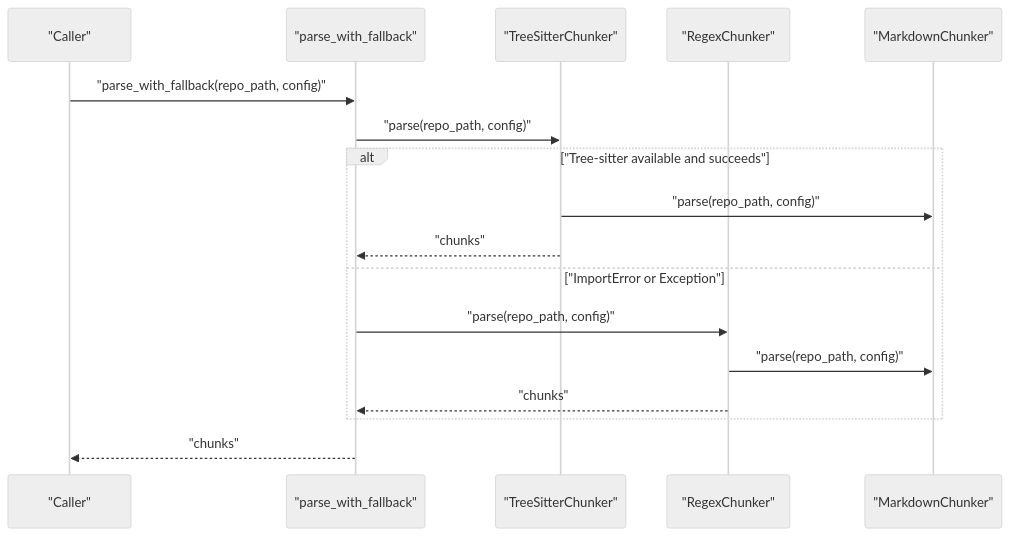
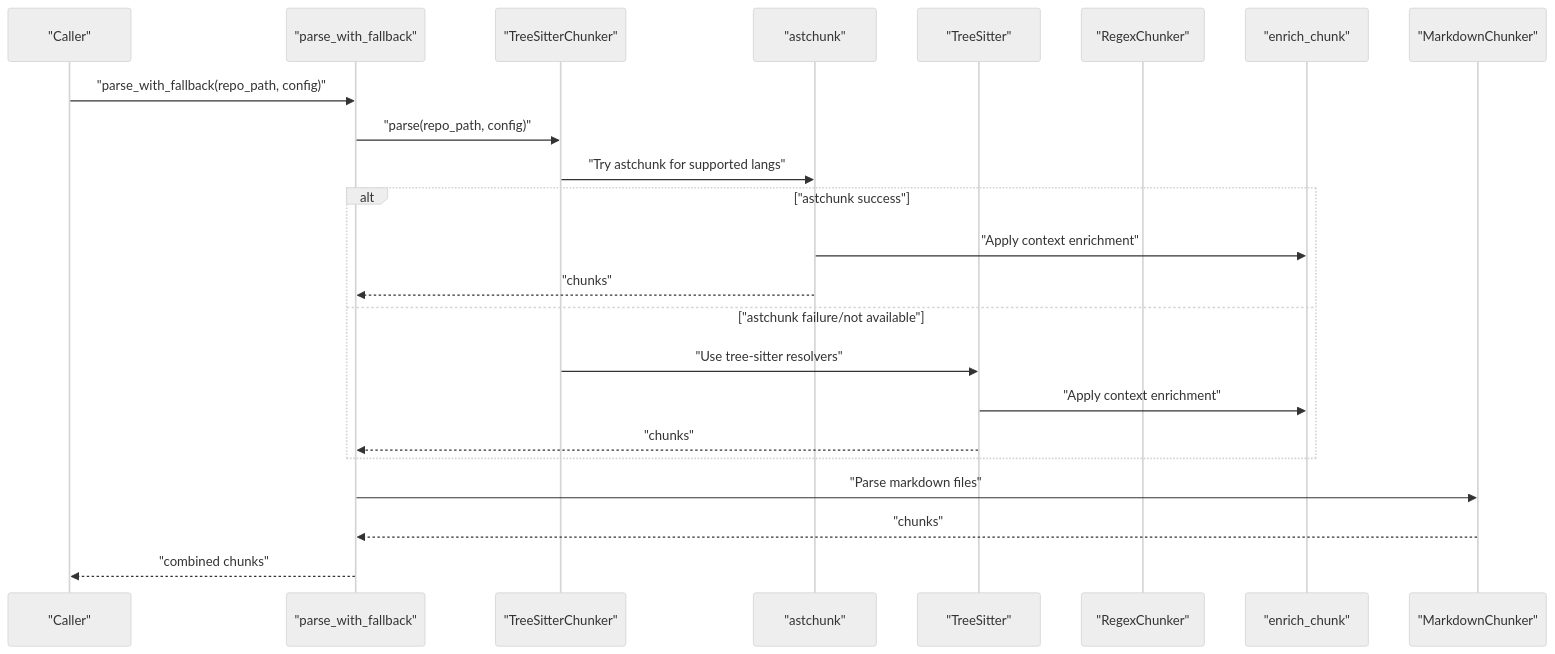
Before and after one commit to maemreyo/zmr-ctx-paker: the second of 10 diagrams in .qoder/repowiki/en/content/Core Modules/Chunker System/Chunker System.md, drawn with Mermaid (neutral theme). The commit also changed other lines of this file and 94 other files, not shown here.

````diff
--- a/.qoder/repowiki/en/content/Core Modules/Chunker System/Chunker System.md
+++ b/.qoder/repowiki/en/content/Core Modules/Chunker System/Chunker System.md
@@ -121,19 +138,25 @@
 ```mermaid
 sequenceDiagram
 participant Caller as "Caller"
 participant API as "parse_with_fallback"
-participant TS as "TreeSitterChunker"
+participant AST as "TreeSitterChunker"
+participant ASTC as "astchunk"
+participant TS as "TreeSitter"
 participant REGEX as "RegexChunker"
+participant ENR as "enrich_chunk"
 participant MD as "MarkdownChunker"
 Caller->>API : "parse_with_fallback(repo_path, config)"
-API->>TS : "parse(repo_path, config)"
-alt "Tree-sitter available and succeeds"
-TS->>MD : "parse(repo_path, config)"
+API->>AST : "parse(repo_path, config)"
+AST->>ASTC : "Try astchunk for supported langs"
+alt "astchunk success"
+ASTC->>ENR : "Apply context enrichment"
+ASTC-->>API : "chunks"
+else "astchunk failure/not available"
+AST->>TS : "Use tree-sitter resolvers"
+TS->>ENR : "Apply context enrichment"
 TS-->>API : "chunks"
-else "ImportError or Exception"
-API->>REGEX : "parse(repo_path, config)"
-REGEX->>MD : "parse(repo_path, config)"
-REGEX-->>API : "chunks"
 end
-API-->>Caller : "chunks"
+API->>MD : "Parse markdown files"
+MD-->>API : "chunks"
+API-->>Caller : "combined chunks"
 ```
````
